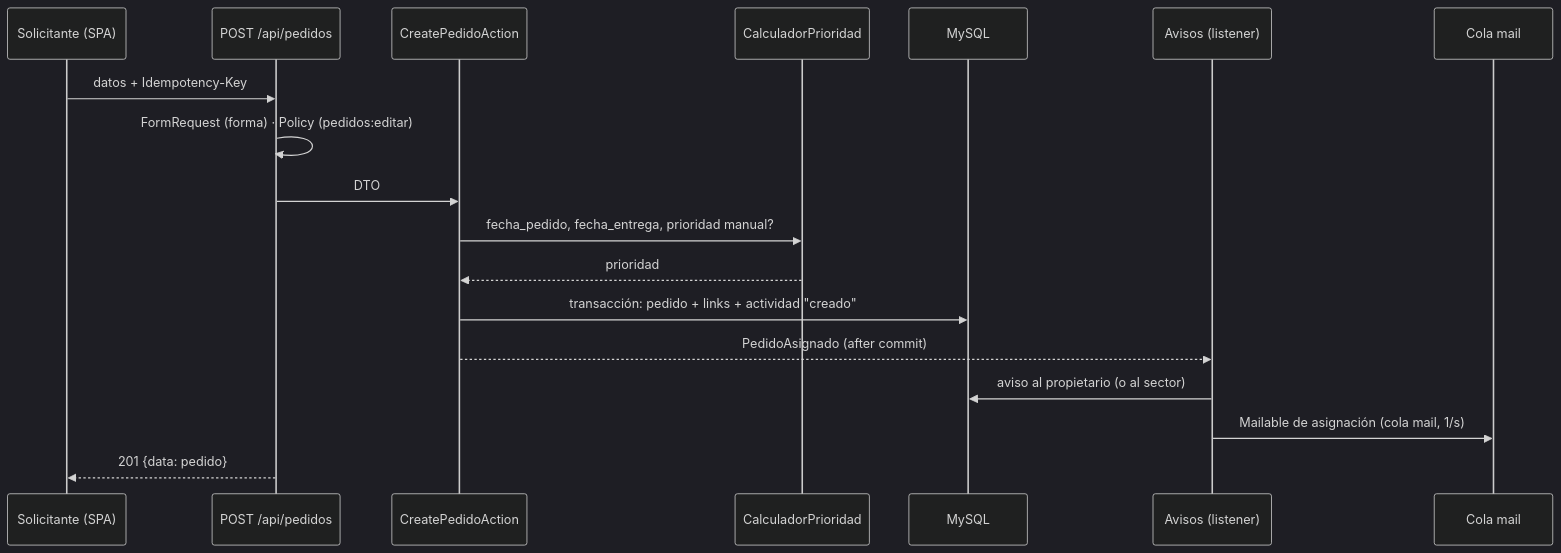
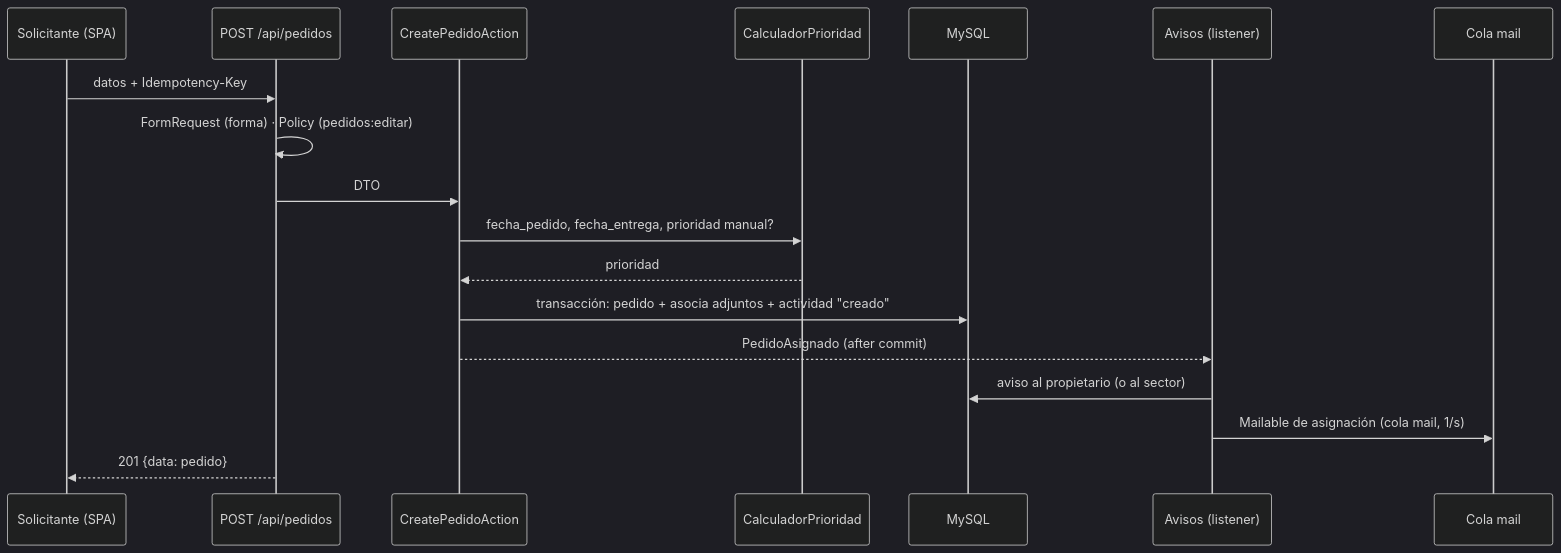
One commit to maxirodr/tecnoservicios_backend changed the second of 3 diagrams in docs/arquitectura.md. Above: the diagram before and after it, drawn with Mermaid (dark theme). The commit also changed other lines of this file and 24 other files, not shown here.

````diff
--- a/docs/arquitectura.md
+++ b/docs/arquitectura.md
@@ -95,20 +97,20 @@
 ```mermaid
 sequenceDiagram
   participant U as Solicitante (SPA)
   participant API as POST /api/pedidos
   participant A as CreatePedidoAction
   participant P as CalculadorPrioridad
   participant DB as MySQL
   participant AV as Avisos (listener)
   participant Q as Cola mail
   U->>API: datos + Idempotency-Key
   API->>API: FormRequest (forma) · Policy (pedidos:editar)
   API->>A: DTO
   A->>P: fecha_pedido, fecha_entrega, prioridad manual?
   P-->>A: prioridad
-  A->>DB: transacción: pedido + links + actividad "creado"
+  A->>DB: transacción: pedido + asocia adjuntos + actividad "creado"
   A-->>AV: PedidoAsignado (after commit)
   AV->>DB: aviso al propietario (o al sector)
   AV->>Q: Mailable de asignación (cola mail, 1/s)
   API-->>U: 201 {data: pedido}
 ```
````
